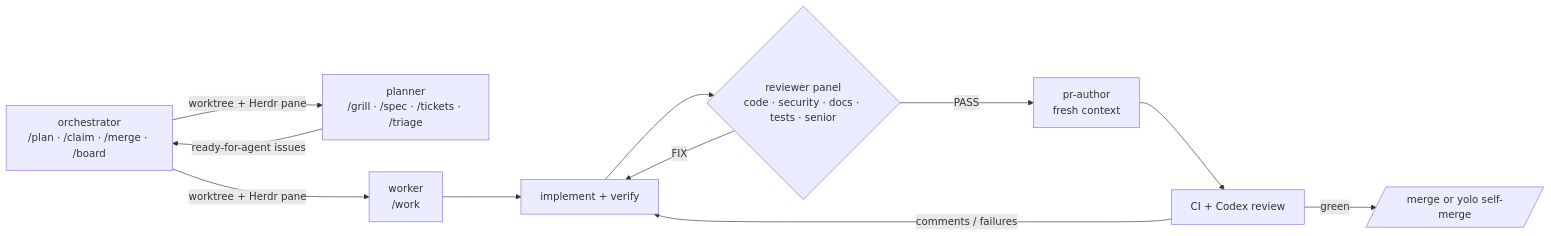
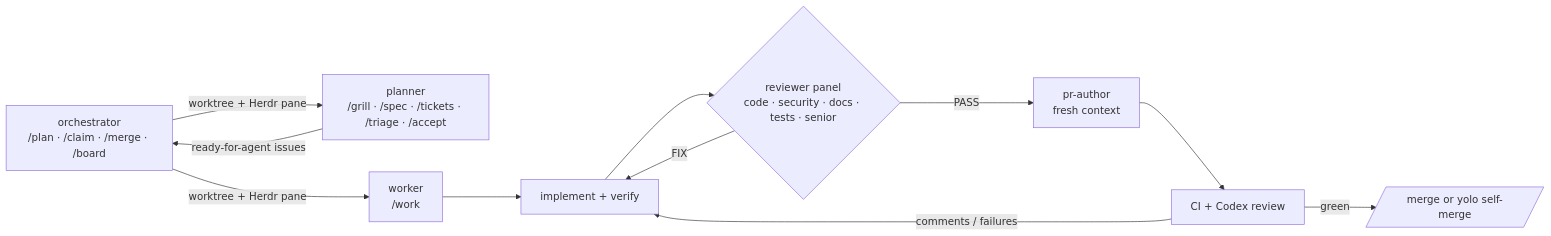
One commit to CalvinDittkrist/workflows changed the diagram in README.md. Above: the diagram before and after it, drawn with Mermaid. The commit also changed other lines of this file and 12 other files, not shown here.

First line of the commit message:
fix(planner): close a spec only when every ticket is verifiably closed

````diff
--- a/README.md
+++ b/README.md
@@ -5,13 +5,13 @@
 ```mermaid
 flowchart LR
-  O[orchestrator<br/>/plan · /claim · /merge · /board] -->|worktree + Herdr pane| PL[planner<br/>/grill · /spec · /tickets · /triage]
+  O[orchestrator<br/>/plan · /claim · /merge · /board] -->|worktree + Herdr pane| PL[planner<br/>/grill · /spec · /tickets · /triage · /accept]
   PL -->|ready-for-agent issues| O
   O -->|worktree + Herdr pane| W[worker<br/>/work]
   W --> I[implement + verify]
   I --> R{reviewer panel<br/>code · security · docs · tests · senior}
   R -->|FIX| I
   R -->|PASS| P[pr-author<br/>fresh context]
   P --> C[CI + Codex review]
   C -->|comments / failures| I
   C -->|green| M[/merge or yolo self-merge/]
 ```
````
